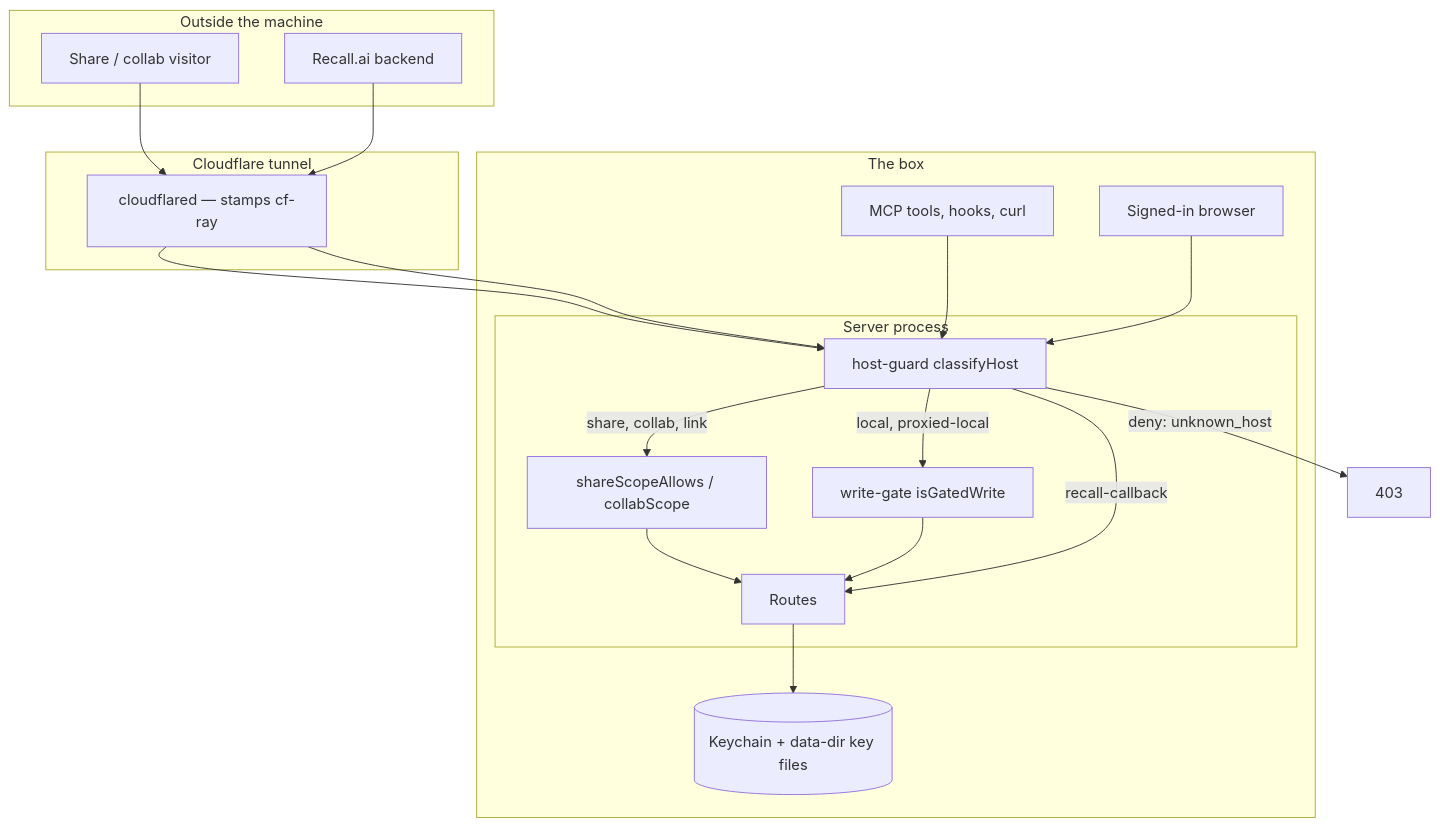
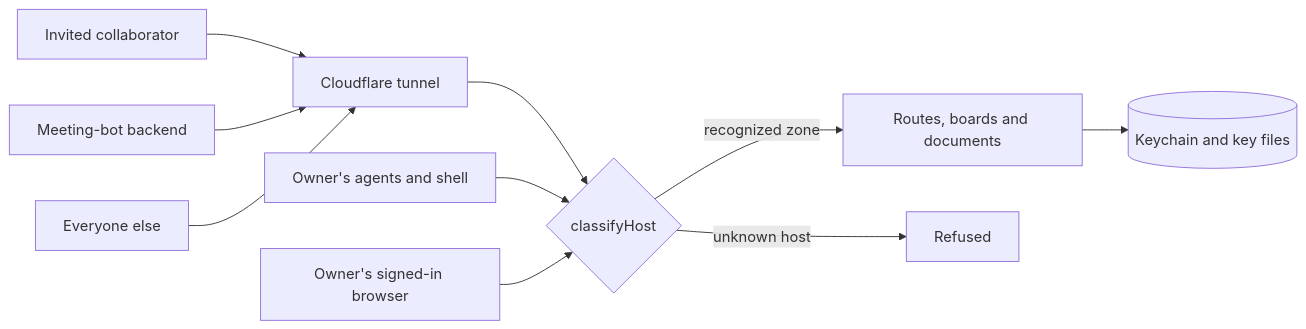
One commit to fryanpan/claude-live-feedback-plugin changed the diagram in docs/architecture/security.md. Above: the diagram before and after it, drawn with Mermaid. The commit also changed other lines of this file and 2 other files, not shown here.

````diff
--- a/docs/architecture/security.md
+++ b/docs/architecture/security.md
@@ -15,31 +16,23 @@
 ```mermaid
-flowchart TB
-  subgraph outside[Outside the machine]
-    visitor[Share / collab visitor]
-    recall[Recall.ai backend]
-  end
-  subgraph edge[Cloudflare tunnel]
-    cf[cloudflared — stamps cf-ray]
-  end
-  subgraph box[The box]
-    agent[MCP tools, hooks, curl]
-    browser[Signed-in browser]
-    subgraph server[Server process]
-      hg[host-guard classifyHost]
-      wg[write-gate isGatedWrite]
-      scope[shareScopeAllows / collabScope]
-      routes[Routes]
-    end
-    secrets[(Keychain + data-dir key files)]
-  end
+flowchart LR
+  visitor[Invited collaborator]
+  bot[Meeting-bot backend]
+  world[Everyone else]
+  tunnel[Cloudflare tunnel]
+  agents[Owner's agents and shell]
+  browser[Owner's signed-in browser]
+  gate{classifyHost}
+  routes[Routes, boards and documents]
+  secrets[(Keychain and key files)]
+  refused[Refused]
 
-  visitor --> cf --> hg
-  recall --> cf --> hg
-  agent --> hg
-  browser --> hg
-  hg -->|share, collab, link| scope --> routes
-  hg -->|local, proxied-local| wg --> routes
-  hg -->|recall-callback| routes
-  hg -->|deny: unknown_host| stop[403]
+  visitor --> tunnel
+  bot --> tunnel
+  world --> tunnel
+  tunnel --> gate
+  agents --> gate
+  browser --> gate
+  gate -->|recognized zone| routes
+  gate -->|unknown host| refused
   routes --> secrets
 ```
````
